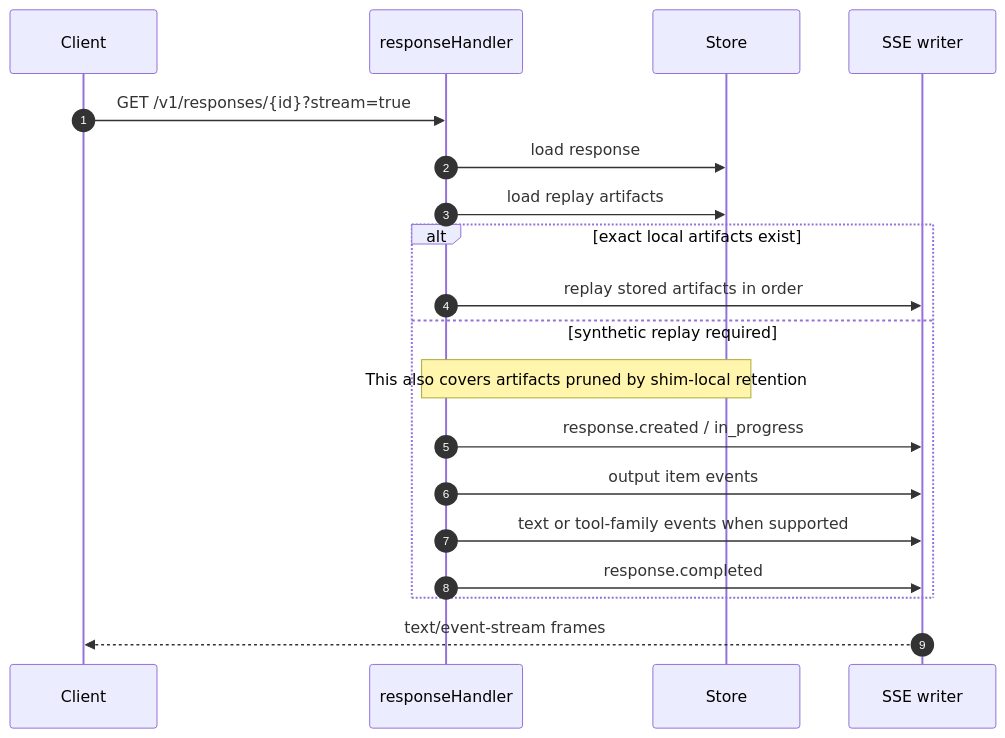
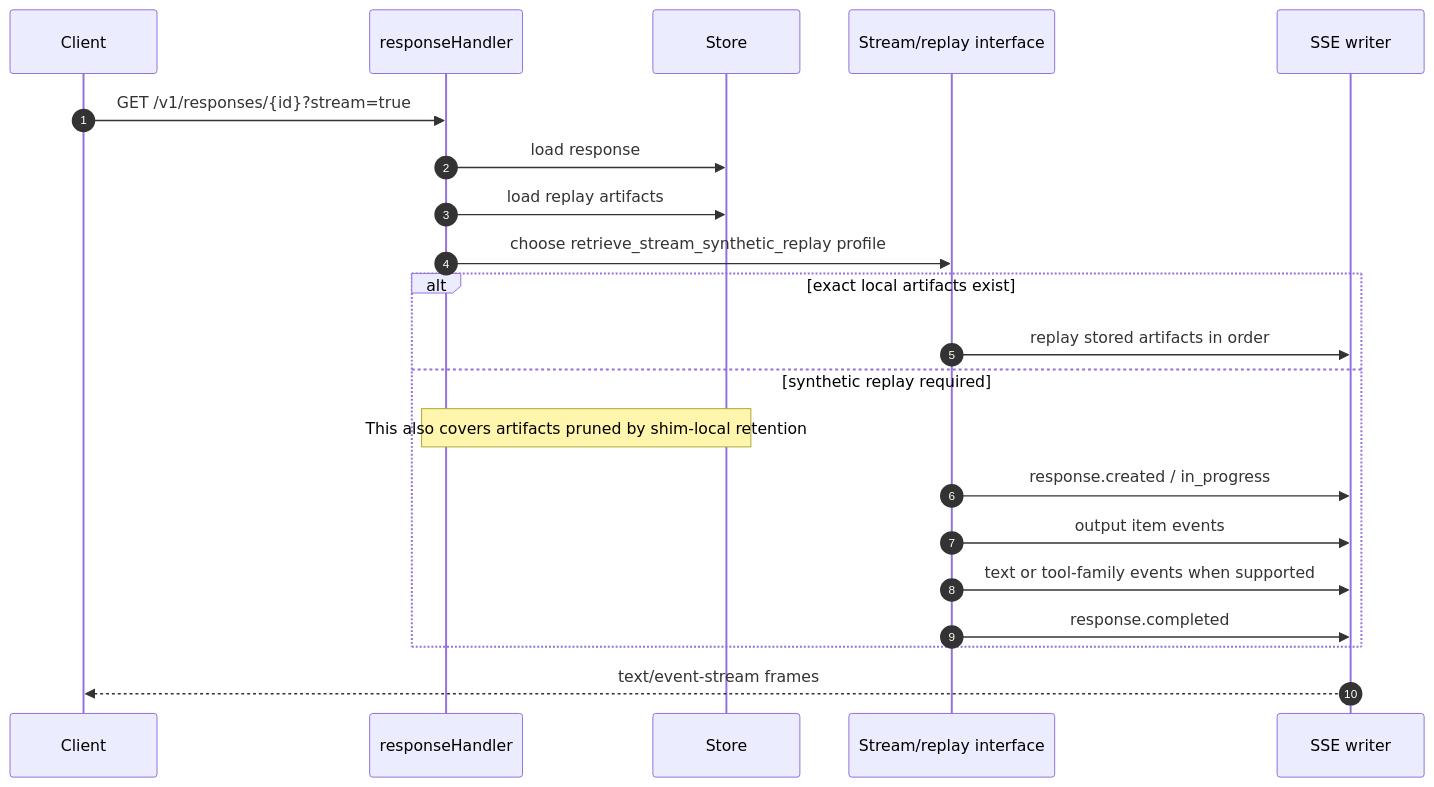
One commit to avelrl/llama_shim changed the eighth of 25 diagrams in docs/engineering/openai-api-choreography-atlas.md. Above: the diagram before and after it, drawn with Mermaid. The commit also changed other lines of this file and 8 other files, not shown here.

Commit message:
Add V4 Stream And Replay Interface

````diff
--- a/docs/engineering/openai-api-choreography-atlas.md
+++ b/docs/engineering/openai-api-choreography-atlas.md
@@ -317,22 +325,24 @@
 ```mermaid
 sequenceDiagram
   autonumber
   participant C as Client
   participant H as responseHandler
   participant DB as Store
+  participant R as Stream/replay interface
   participant S as SSE writer
 
   C->>H: GET /v1/responses/{id}?stream=true
   H->>DB: load response
   H->>DB: load replay artifacts
+  H->>R: choose retrieve_stream_synthetic_replay profile
   alt exact local artifacts exist
-    H->>S: replay stored artifacts in order
+    R->>S: replay stored artifacts in order
   else synthetic replay required
     Note over H,DB: This also covers artifacts pruned by shim-local retention
-    H->>S: response.created / in_progress
-    H->>S: output item events
-    H->>S: text or tool-family events when supported
-    H->>S: response.completed
+    R->>S: response.created / in_progress
+    R->>S: output item events
+    R->>S: text or tool-family events when supported
+    R->>S: response.completed
   end
   S-->>C: text/event-stream frames
 ```
````
